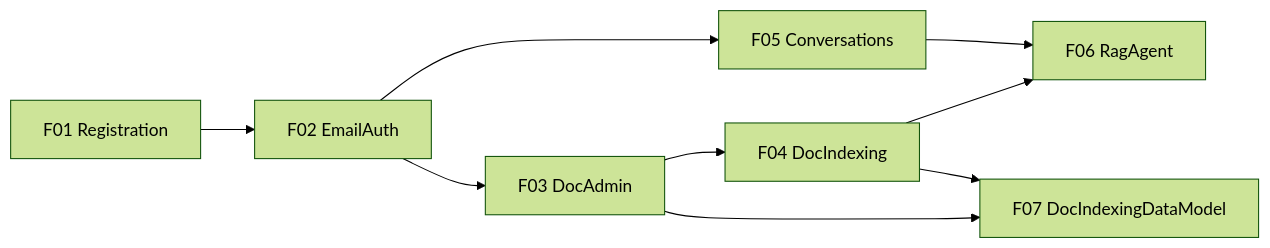
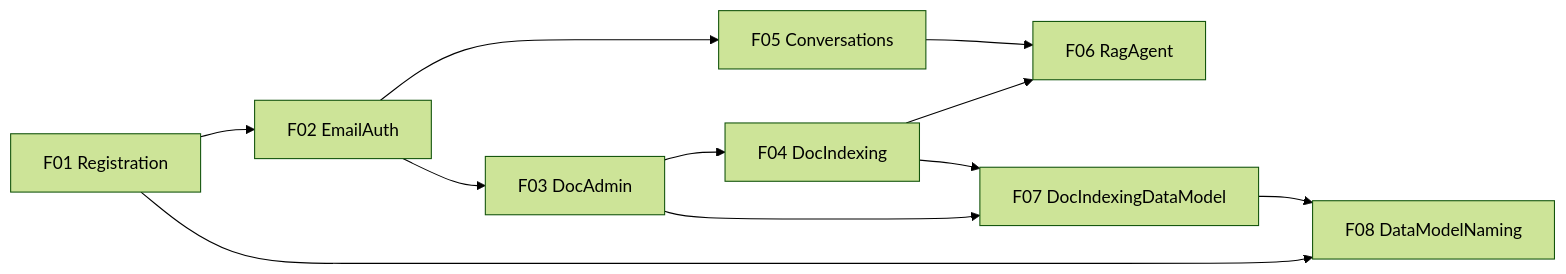
Before and after one commit to zmisi/rag-as-service: the diagram in docs/specs/phase1/01-feature-list.md, drawn with Mermaid (forest theme). The commit also changed other lines of this file and 61 other files, not shown here.

````diff
--- a/docs/specs/phase1/01-feature-list.md
+++ b/docs/specs/phase1/01-feature-list.md
@@ -16,11 +17,13 @@
 ```mermaid
 flowchart LR
   F01[F01 Registration] --> F02[F02 EmailAuth]
   F02 --> F03[F03 DocAdmin]
   F03 --> F04[F04 DocIndexing]
   F02 --> F05[F05 Conversations]
   F04 --> F06[F06 RagAgent]
   F05 --> F06
   F03 --> F07[F07 DocIndexingDataModel]
   F04 --> F07
+  F01 --> F08[F08 DataModelNaming]
+  F07 --> F08
 ```
````
